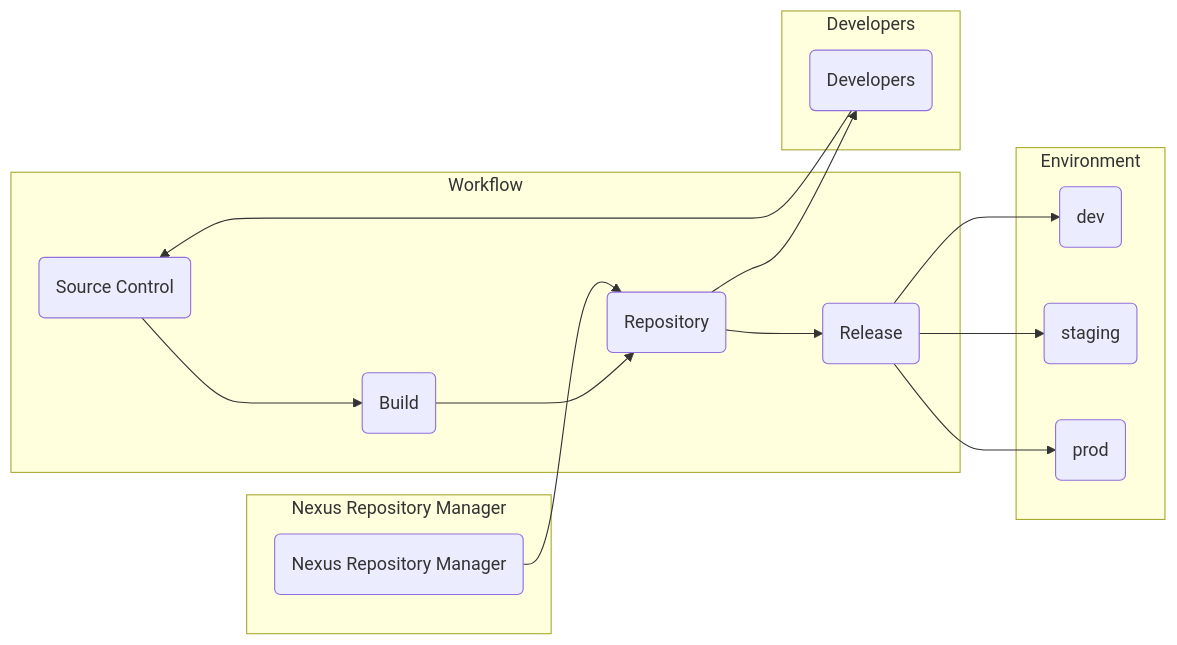
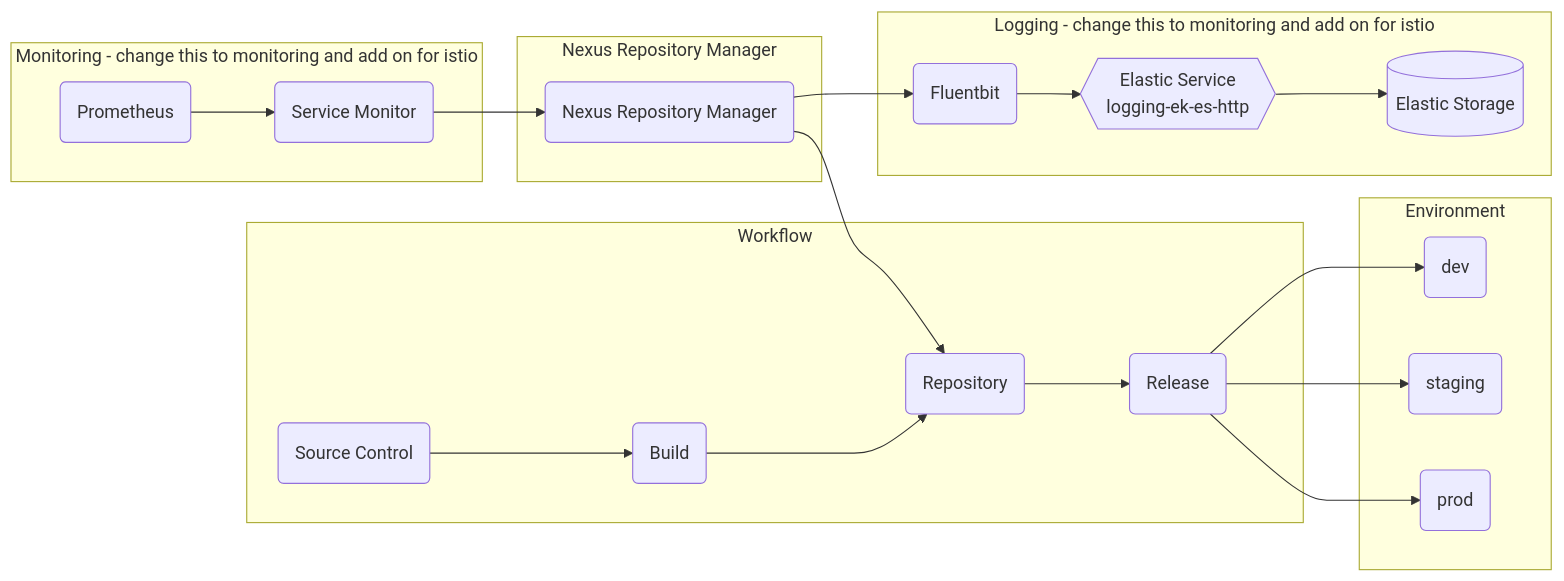
One commit to anoncam/big-bang changed the diagram in docs/understanding-bigbang/package-architecture/nexus/Architecture.md. Above: the diagram before and after it, drawn with Mermaid. The commit also changed other lines of this file, not shown here.

````diff
--- a/docs/understanding-bigbang/package-architecture/nexus/Architecture.md
+++ b/docs/understanding-bigbang/package-architecture/nexus/Architecture.md
@@ -9,21 +9,26 @@
 ```mermaid
 graph LR
   subgraph "Workflow"
     sourcecontrol("Source Control") --> build("Build") --> repository1("Repository") --> release("Release")
   end
 
   subgraph "Nexus Repository Manager"
     nexusrepositorymanager("Nexus Repository Manager") --> repository1("Repository")
   end
 
   subgraph "Environment"
     release("Release") --> stage1(dev)
     release("Release") --> stage2(staging)
     release("Release") --> stage3(prod)
   end
 
-  subgraph "Developers"
-    developers("Developers") --> sourcecontrol("Source Control")
-    repository1(Repository) --> developers("Developers")
+  subgraph "Monitoring" - change this to monitoring and add on for istio
+    prometheus("Prometheus") --> servicemonitor("Service Monitor")
+    servicemonitor("Service Monitor") --> nexusrepositorymanager("Nexus Repository Manager")
+  end
+
+  subgraph "Logging" - change this to monitoring and add on for istio
+    nexusrepositorymanager("Nexus Repository Manager") --> fluent(Fluentbit) --> logging-ek-es-http
+    logging-ek-es-http{{Elastic Service<br />logging-ek-es-http}} --> elastic[(Elastic Storage)]
   end
 ```
````
